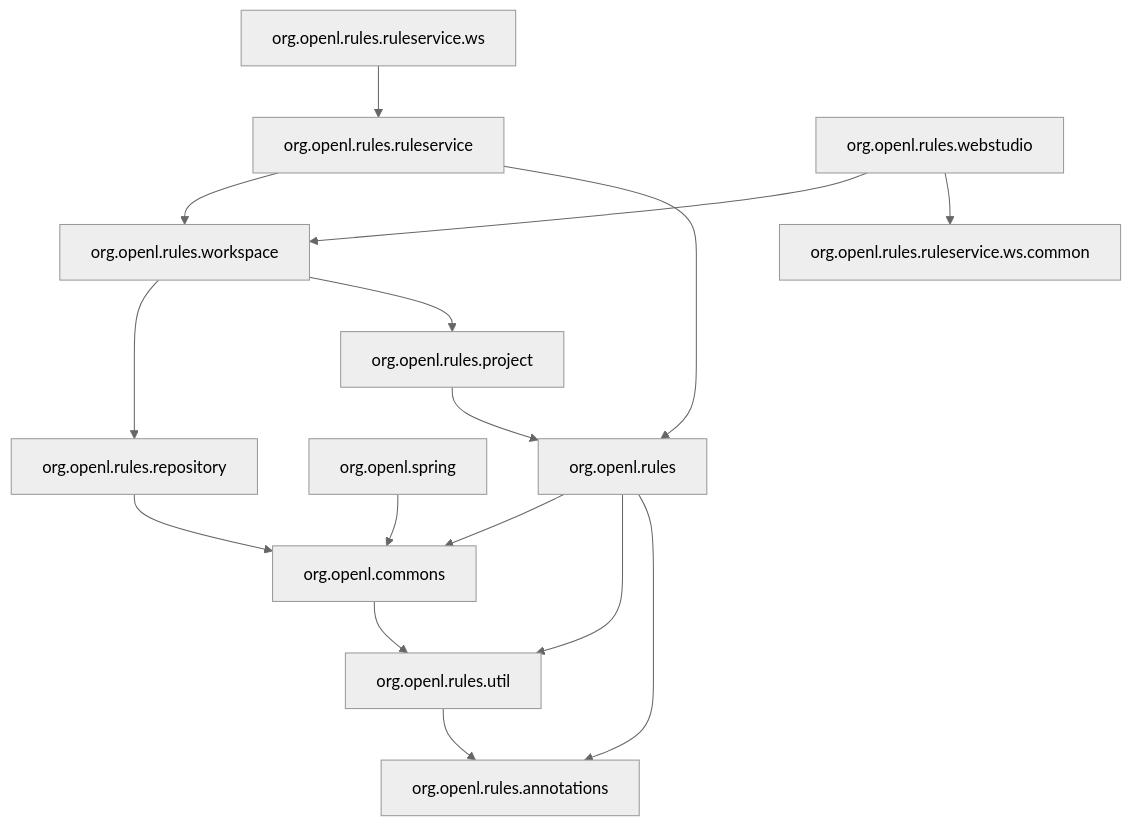
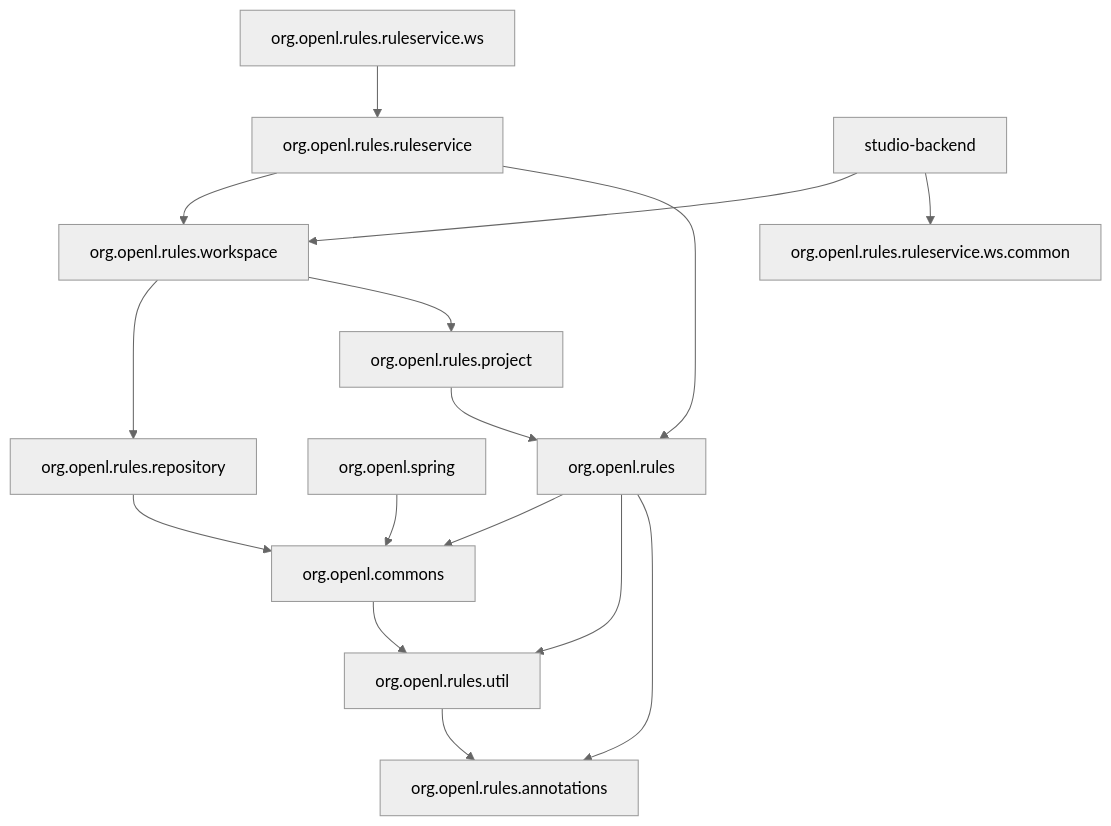
Before and after one commit to openl-tablets/openl-tablets: the diagram in Docs/architecture/dependencies.md, drawn with Mermaid (neutral theme). The commit also changed other lines of this file and 1737 other files, not shown here.

Commit message:
EPBDS-16781 Rename the OpenL Studio module and artifact to studio-backend

````diff
--- a/Docs/architecture/dependencies.md
+++ b/Docs/architecture/dependencies.md
@@ -10,19 +10,19 @@
 ```mermaid
 flowchart TB
     annotations["org.openl.rules.annotations"]
     util["org.openl.rules.util"] --> annotations
     commons["org.openl.commons"] --> util
     rules["org.openl.rules"] --> commons
     rules --> util
     rules --> annotations
     project["org.openl.rules.project"] --> rules
     spring["org.openl.spring"] --> commons
     repository["org.openl.rules.repository"] --> commons
     workspace["org.openl.rules.workspace"] --> repository
     workspace --> project
     ruleservice["org.openl.rules.ruleservice"] --> workspace
     ruleservice --> rules
     ws["org.openl.rules.ruleservice.ws"] --> ruleservice
-    webstudio["org.openl.rules.webstudio"] --> workspace
+    webstudio["studio-backend"] --> workspace
     webstudio --> wscommon["org.openl.rules.ruleservice.ws.common"]
 ```
````
